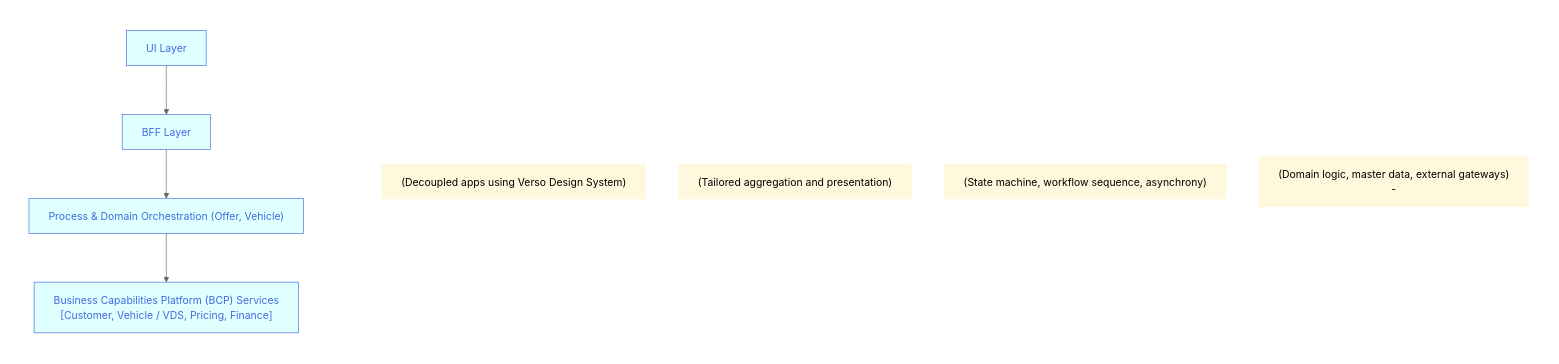
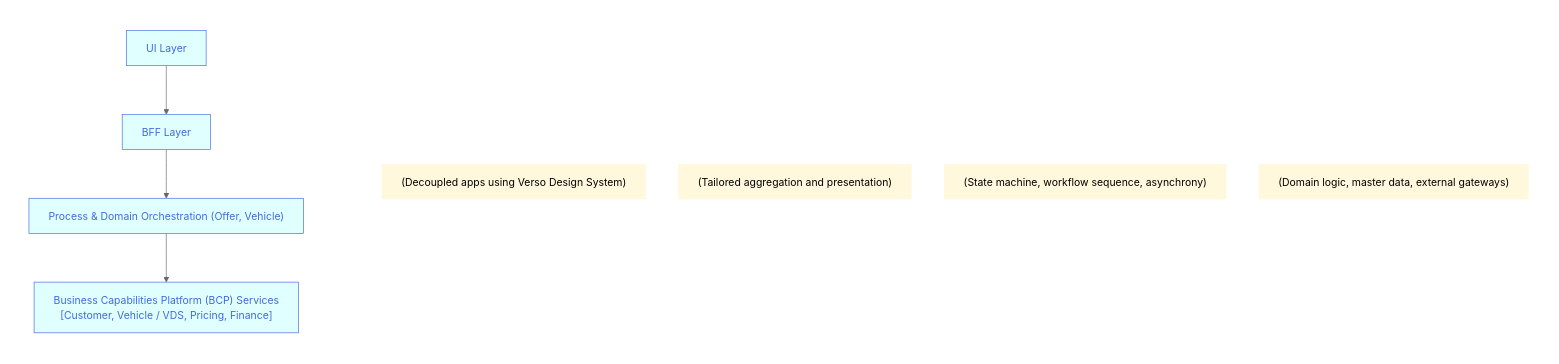
The diagram in buttons_mermaid_v3.md (joe-dorward/samples), drawn with Mermaid (neutral theme) before and after one commit.

````diff
--- a/buttons_mermaid_v3.md
+++ b/buttons_mermaid_v3.md
@@ -3,50 +3,50 @@
 ```mermaid
   %%{
     init: {
       "flowchart": { "markdownAutoWrap":"false", "textWrap":"false", "wrappingWidth": "100%" }
     }
   }%%
   flowchart LR
 
   classDef Button fill:lightcyan, stroke:royalblue, color:royalblue;
   classDef Note fill:cornsilk, stroke:transparent;
   %% ---------- ---------- ---------- ---------- ---------- ---------- ---------- ---------- ---------- ----------
   subgraph BUTTONS
     direction TD
 
     BUTTON_01["UI Layer"]:::Button
     click BUTTON_01 "https://en.wikipedia.org/wiki/Main_Page" _blank
 
     BUTTON_02["BFF Layer"]:::Button
     click BUTTON_02 "https://en.wikipedia.org/wiki/Main_Page" _blank
 
     BUTTON_03["Process & Domain Orchestration (Offer, Vehicle)"]:::Button
     click BUTTON_03 "https://en.wikipedia.org/wiki/Main_Page" _blank
 
     BUTTON_04["Business Capabilities Platform (BCP) Services<br/>[Customer, Vehicle / VDS, Pricing, Finance]"]:::Button
     click BUTTON_04 "https://en.wikipedia.org/wiki/Main_Page" _blank
   end
 
   %% ---------- ---------- ---------- ---------- ---------- ---------- ---------- ---------- ---------- ----------
   subgraph NOTES
     direction TD
     BUTTON_01_NOTE["(Decoupled apps using Verso Design System)"]:::Note
     BUTTON_02_NOTE["(Tailored aggregation and presentation)"]:::Note
     BUTTON_03_NOTE["(State machine, workflow sequence, asynchrony)"]:::Note
-    BUTTON_04_NOTE["(Domain logic, master data, external gateways)<br/>-"]:::Note
+    BUTTON_04_NOTE["(Domain logic, master data, external gateways)"]:::Note
   end
   %% ---------- ---------- ---------- ---------- ---------- ---------- ---------- ---------- ---------- ----------
   %% invisibly connect BUTTONS (sub-graph) to NOTES (sub-graph)
   BUTTONS~~~
   NOTES
   %% ---------- ---------- ---------- ---------- ---------- ---------- ---------- ---------- ---------- ----------
   %% connect buttons
   BUTTON_01-->
   BUTTON_02-->
   BUTTON_03-->
   BUTTON_04
   %% ---------- ---------- ---------- ---------- ---------- ---------- ---------- ---------- ---------- ----------
   style BUTTONS fill:transparent,color:white,stroke-width:0px
   style NOTES fill:transparent,color:white,stroke-width:0px
 
 ```
````
